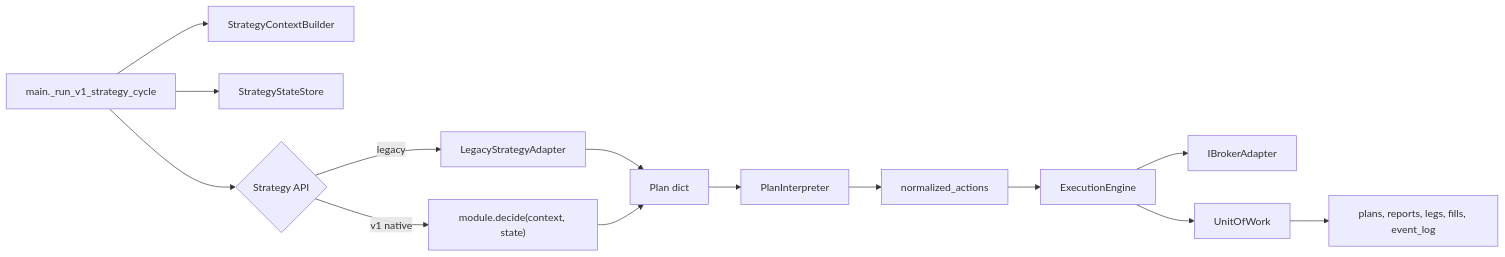
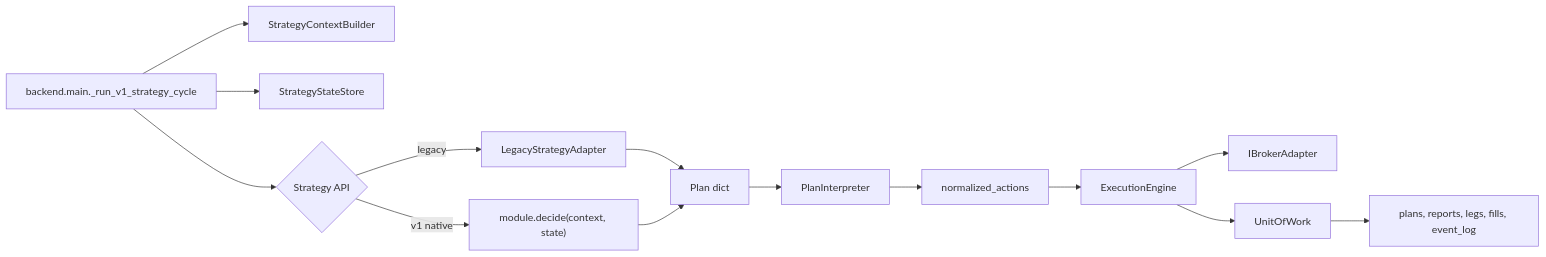
The third of 5 diagrams in docs/DocsTradingSystemObsidian/architecture/c4.md (aloantony/strategy-forge), drawn with Mermaid before and after one commit. The commit also changed other lines of this file and 10 other files, not shown here.

First line of the commit message:
docs: arreglar el diagrama roto y las referencias de modulo obsoletas

````diff
--- a/docs/DocsTradingSystemObsidian/architecture/c4.md
+++ b/docs/DocsTradingSystemObsidian/architecture/c4.md
@@ -80,16 +80,16 @@
 ```mermaid
 flowchart LR
-  Main["main._run_v1_strategy_cycle"] --> Context["StrategyContextBuilder"]
+  Main["backend.main._run_v1_strategy_cycle"] --> Context["StrategyContextBuilder"]
   Main --> State["StrategyStateStore"]
   Main --> Adapter{"Strategy API"}
   Adapter -->|legacy| Legacy["LegacyStrategyAdapter"]
   Adapter -->|v1 native| Decide["module.decide(context, state)"]
   Legacy --> Plan["Plan dict"]
   Decide --> Plan
   Plan --> Interpreter["PlanInterpreter"]
   Interpreter --> Normalized["normalized_actions"]
   Normalized --> Engine["ExecutionEngine"]
   Engine --> Broker["IBrokerAdapter"]
   Engine --> UOW["UnitOfWork"]
   UOW --> Repos["plans, reports, legs, fills, event_log"]
 ```
````
